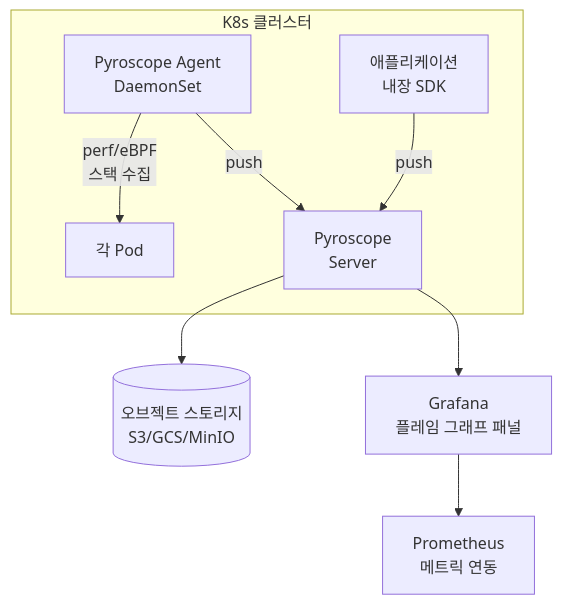
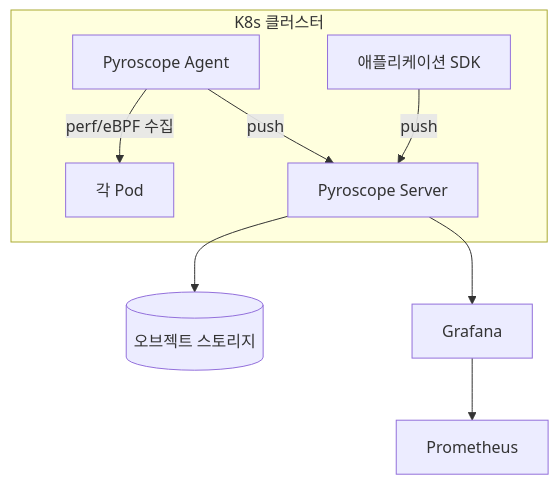
The fourth of 5 diagrams in content/linux/performance/flame-graph.md (moonblueblue/devops-wiki), drawn with Mermaid before and after one commit. The commit also changed other lines of this file and 12 other files, not shown here.

First line of the commit message:
style: linux 섹션 전체 ASCII art 제거 및 Mermaid 규칙 적용

````diff
--- a/content/linux/performance/flame-graph.md
+++ b/content/linux/performance/flame-graph.md
@@ -559,12 +556,12 @@
 ```mermaid
 graph TD
     subgraph "K8s 클러스터"
-        DS[Pyroscope Agent\nDaemonSet] -->|perf/eBPF\n스택 수집| PODS[각 Pod]
-        APP[애플리케이션\n내장 SDK] -->|push| PYRO
+        DS[Pyroscope Agent] -->|perf/eBPF 수집| PODS[각 Pod]
+        APP[애플리케이션 SDK] -->|push| PYRO
     end
 
-    DS -->|push| PYRO[Pyroscope\nServer]
-    PYRO --> STORE[(오브젝트 스토리지\nS3/GCS/MinIO)]
-    PYRO --> GRAFANA[Grafana\n플레임 그래프 패널]
-    GRAFANA --> PROM[Prometheus\n메트릭 연동]
+    DS -->|push| PYRO[Pyroscope Server]
+    PYRO --> STORE[(오브젝트 스토리지)]
+    PYRO --> GRAFANA[Grafana]
+    GRAFANA --> PROM[Prometheus]
 ```
````
